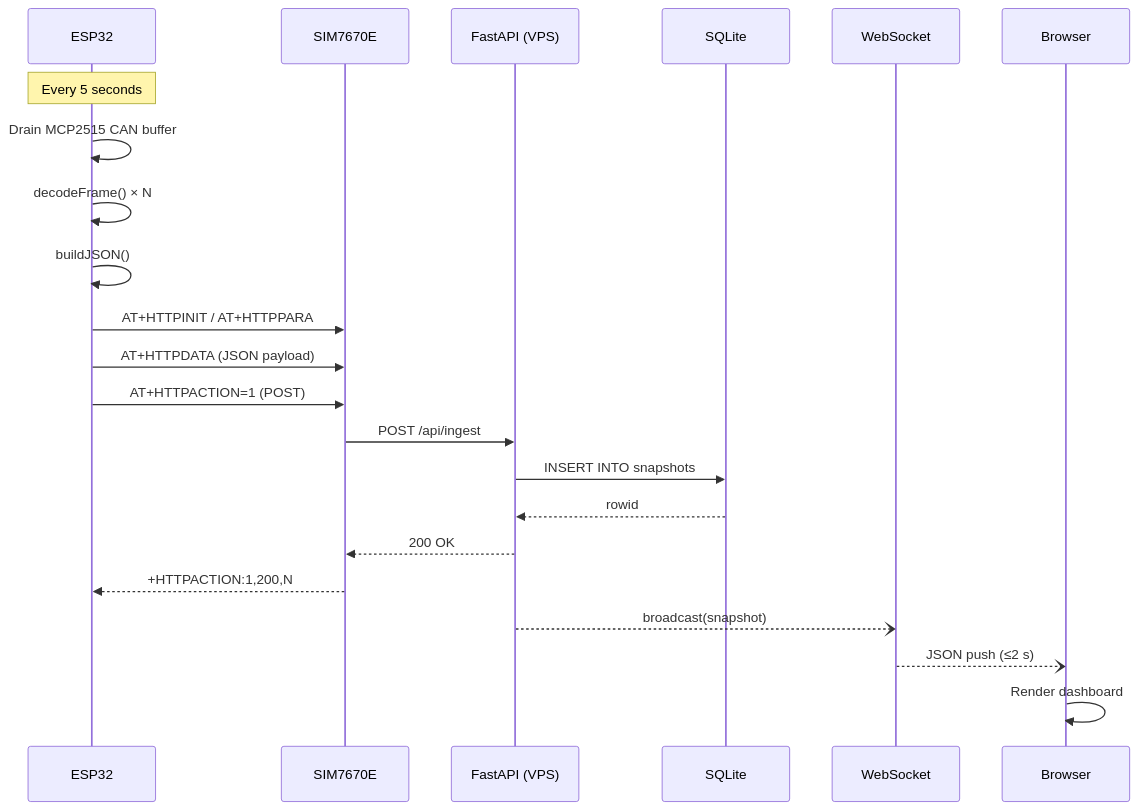
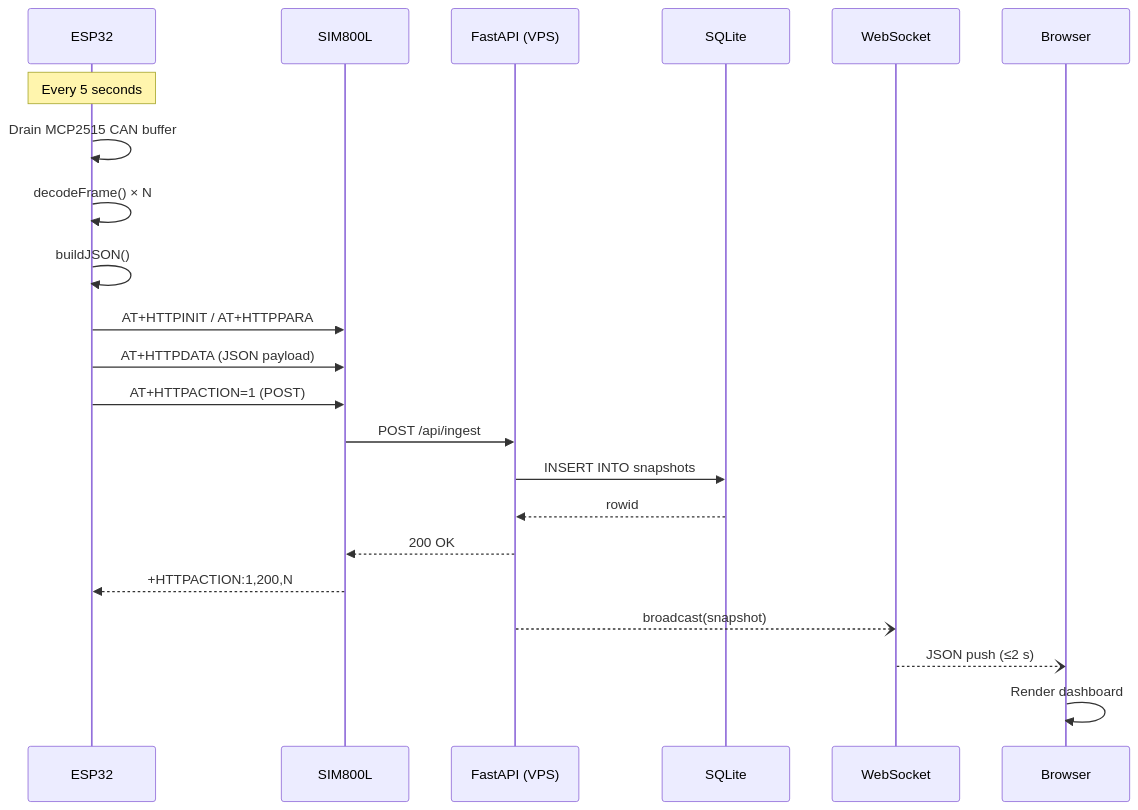
The diagram in report/mermaid/sequence.mmd (MohaBc/Bako_OBD_ISS), drawn with Mermaid before and after one commit. The commit also changed 57 other files, not shown here.

```diff
--- a/report/mermaid/sequence.mmd
+++ b/report/mermaid/sequence.mmd
@@ -1,23 +1,23 @@
 sequenceDiagram
     participant ESP as ESP32
-    participant GSM as SIM7670E
+    participant GSM as SIM800L
     participant API as FastAPI (VPS)
     participant DB as SQLite
     participant WS as WebSocket
     participant BR as Browser
 
     note over ESP: Every 5 seconds
     ESP->>ESP: Drain MCP2515 CAN buffer
     ESP->>ESP: decodeFrame() × N
     ESP->>ESP: buildJSON()
     ESP->>GSM: AT+HTTPINIT / AT+HTTPPARA
     ESP->>GSM: AT+HTTPDATA (JSON payload)
     ESP->>GSM: AT+HTTPACTION=1 (POST)
     GSM->>API: POST /api/ingest
     API->>DB: INSERT INTO snapshots
     DB-->>API: rowid
     API-->>GSM: 200 OK
     GSM-->>ESP: +HTTPACTION:1,200,N
     API--)WS: broadcast(snapshot)
     WS--)BR: JSON push (≤2 s)
     BR->>BR: Render dashboard
```
